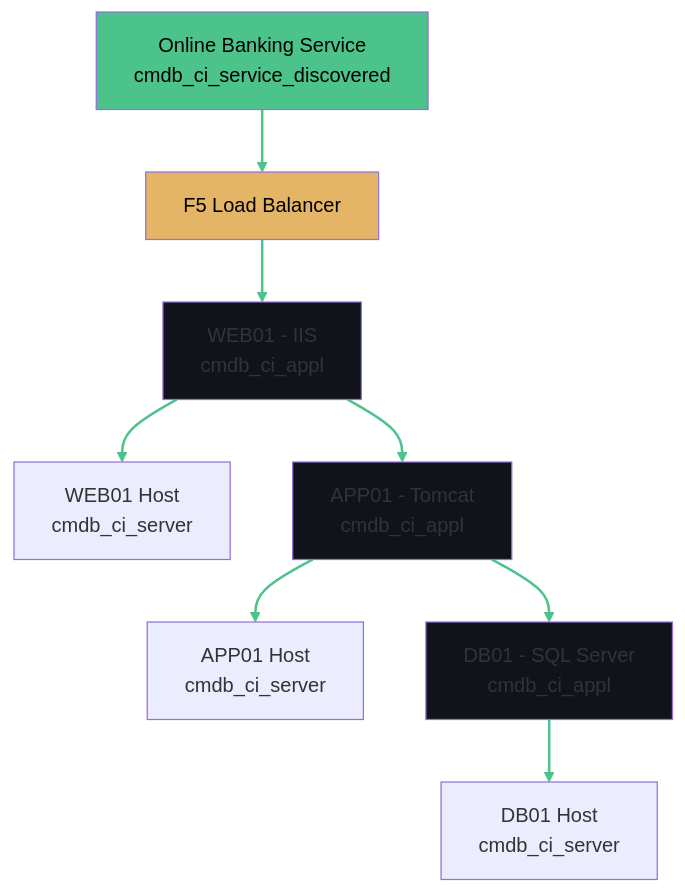
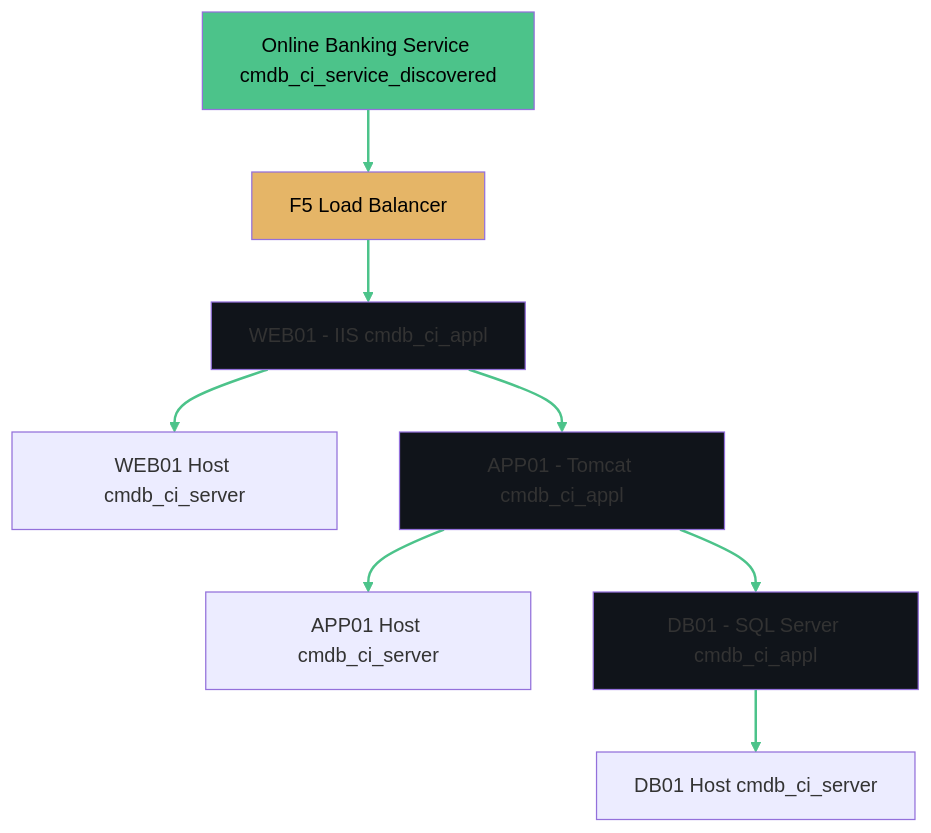
Before and after one commit to eltonaguiar/ServiceNow_Learning_TSOM-_CSM_FSM_SalesCRM_HAM_ITSM: the fourth of 5 diagrams in docs/modules/servicemapping/servicemapping-guide.md, drawn with Mermaid. The commit also changed other lines of this file and 11 other files, not shown here.

First line of the commit message:
Fix all mermaid diagrams: remove br/ tags that break rendering on GitHub Pages

````diff
--- a/docs/modules/servicemapping/servicemapping-guide.md
+++ b/docs/modules/servicemapping/servicemapping-guide.md
@@ -365,27 +365,27 @@
 ```mermaid
 graph TD
-    svc[Online Banking Service<br/>cmdb_ci_service_discovered]
+    svc[Online Banking Service cmdb_ci_service_discovered]
     f5[F5 Load Balancer]
-    web["WEB01 - IIS<br/>cmdb_ci_appl"]
-    webhost[WEB01 Host<br/>cmdb_ci_server]
-    app["APP01 - Tomcat<br/>cmdb_ci_appl"]
-    apphost[APP01 Host<br/>cmdb_ci_server]
-    db["DB01 - SQL Server<br/>cmdb_ci_appl"]
-    dbhost[DB01 Host<br/>cmdb_ci_server]
+    web["WEB01 - IIS cmdb_ci_appl"]
+    webhost[WEB01 Host cmdb_ci_server]
+    app["APP01 - Tomcat cmdb_ci_appl"]
+    apphost[APP01 Host cmdb_ci_server]
+    db["DB01 - SQL Server cmdb_ci_appl"]
+    dbhost[DB01 Host cmdb_ci_server]
 
     svc --> f5
     f5 --> web
     web --> webhost
     web --> app
     app --> apphost
     app --> db
     db --> dbhost
 
     style svc fill:#4cc38a,color:#000
     style f5 fill:#e5b567,color:#000
     style web fill:#10141a
     style app fill:#10141a
     style db fill:#10141a
 
     linkStyle default stroke:#4cc38a,stroke-width:2px
 ```
````
